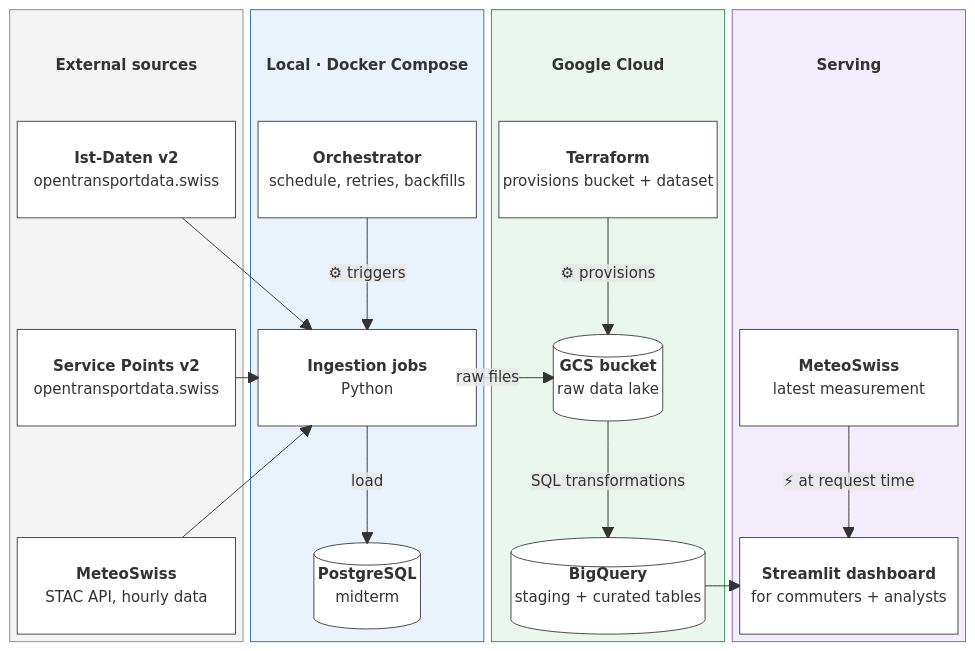
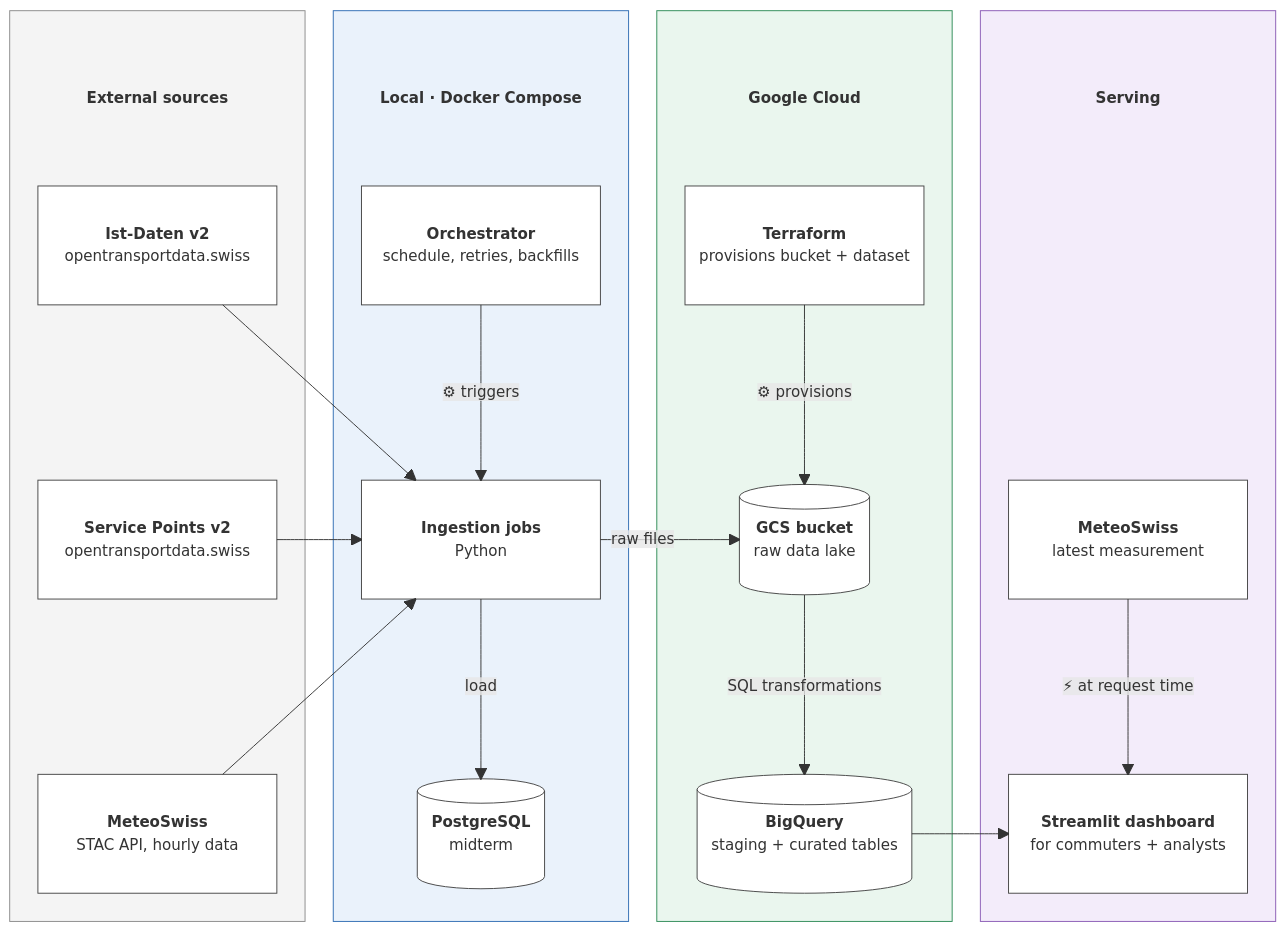
Before and after one commit to theodorahaimoff/HSLU_HS26_DENG: the second of 2 diagrams in docs/architecture/architecture_v0.1.md, drawn with Mermaid. The commit also changed other lines of this file and 4 other files, not shown here.

````diff
--- a/docs/architecture/architecture_v0.1.md
+++ b/docs/architecture/architecture_v0.1.md
@@ -37,65 +37,61 @@
 ```mermaid
----
-config:
-  block:
-    padding: 
----
+%%{init: {"block": {"padding": 30}}}%%
 block-beta
   columns 4
   block:EXT:1
     columns 1
     T1["External sources"]
     S1["<b>Ist-Daten v2</b><br/>opentransportdata.swiss"]
     space
     S2["<b>Service Points v2</b><br/>opentransportdata.swiss"]
     space
     S3["<b>MeteoSwiss</b><br/>STAC API, hourly data"]
   end
   block:DC:1
     columns 1
     T2["Local · Docker Compose"]
     O["<b>Orchestrator</b><br/>schedule, retries, backfills"]
     space
     I["<b>Ingestion jobs</b><br/>Python"]
     space
     P[("<b>PostgreSQL</b><br/>midterm")]
   end
   block:GCP:1
     columns 1
     T3["Google Cloud"]
     TF["<b>Terraform</b><br/>provisions bucket + dataset"]
     space
     G[("<b>GCS bucket</b><br/>raw data lake")]
     space
     B[("<b>BigQuery</b><br/>staging + curated tables")]
   end
   block:SV:1
     columns 1
     T4["Serving"]
     space
     space
     M["<b>MeteoSwiss</b><br/>latest measurement"]
     space
     D["<b>Streamlit dashboard</b><br/>for commuters + analysts"]
   end
 
   S1 --> I
   S2 --> I
   S3 --> I
   O -- "⚙ triggers" --> I
   I -- "load" --> P
   I -- "raw files" --> G
   TF -- "⚙ provisions" --> G
   G -- "SQL transformations" --> B
   B --> D
   M -- "⚡ at request time" --> D
 
   classDef title fill:none,stroke:none,font-weight:bold
   classDef box fill:#ffffff,stroke:#444,color:#111
   class T1,T2,T3,T4 title
   class S1,S2,S3,O,I,P,TF,G,B,M,D box
   style EXT fill:#f4f4f4,stroke:#8a8a8a
   style DC fill:#eaf2fb,stroke:#2f6db3
   style GCP fill:#eaf6ee,stroke:#2e8b57
   style SV fill:#f3ecfa,stroke:#8a5bb5
 ```
````
